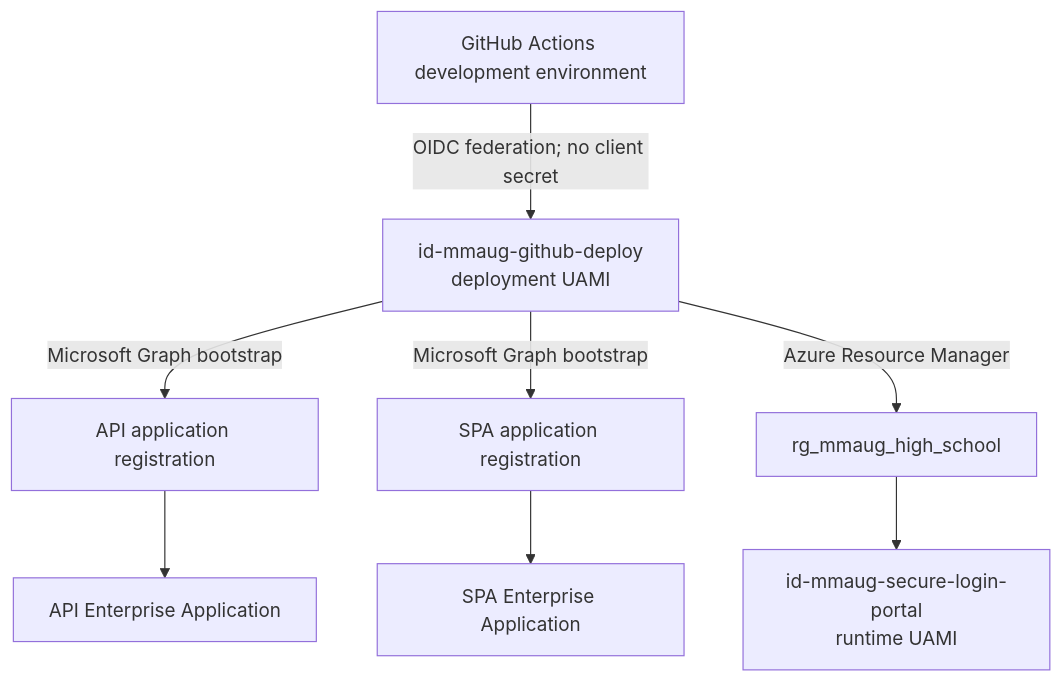
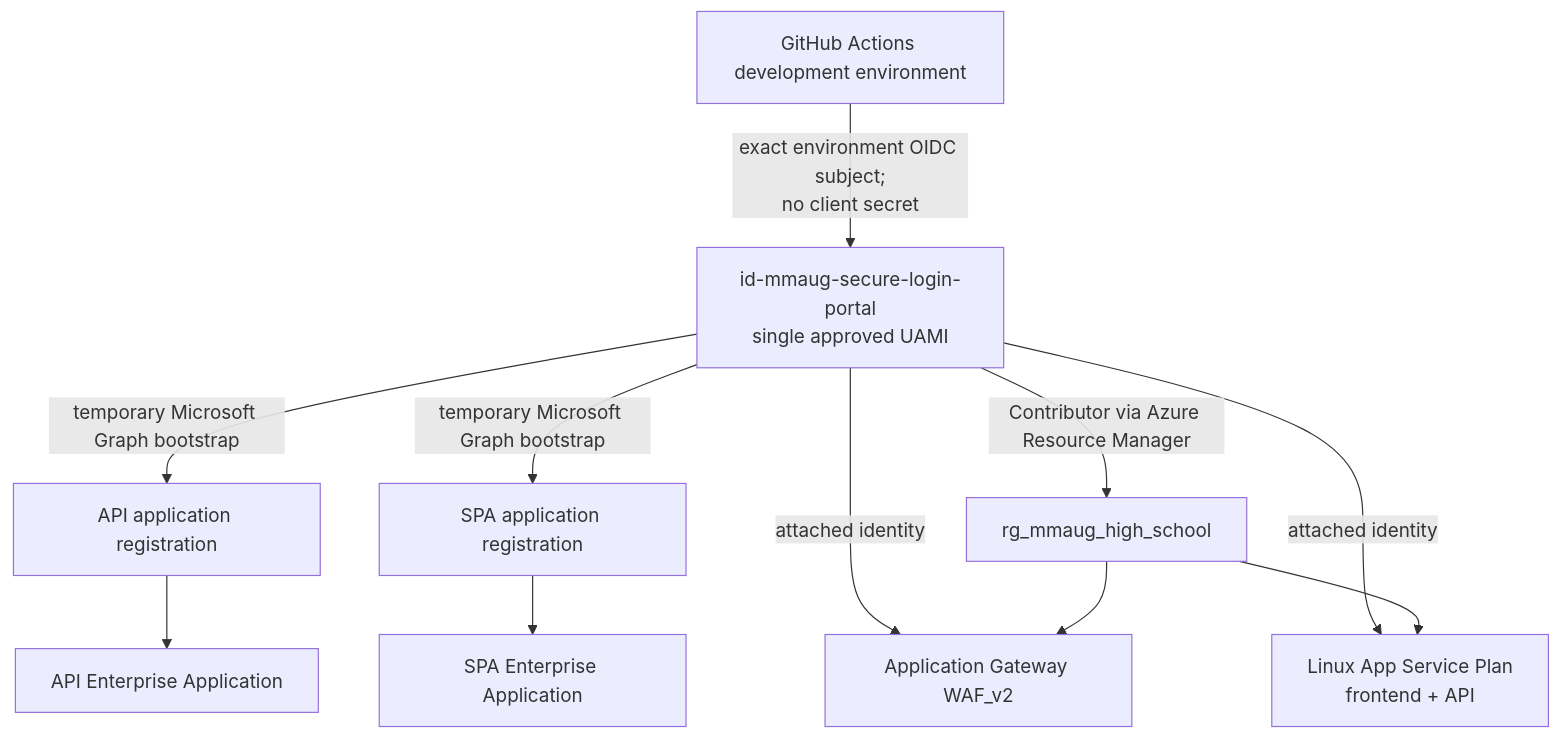
The second of 2 diagrams in docs/architecture.md (Eniola-007/mmaug-secure-login-portal), drawn with Mermaid before and after one commit. The commit also changed other lines of this file and 12 other files, not shown here.

Commit message:
Use approved identity and add Application Gateway WAF

````diff
--- a/docs/architecture.md
+++ b/docs/architecture.md
@@ -43,19 +46,23 @@
 ```mermaid
 flowchart TB
     GH[GitHub Actions development environment]
-    DEPLOY[id-mmaug-github-deploy<br/>deployment UAMI]
+    ID[id-mmaug-secure-login-portal<br/>single approved UAMI]
     APIAPP[API application registration]
     APISP[API Enterprise Application]
     SPAAPP[SPA application registration]
     SPASP[SPA Enterprise Application]
     RG[rg_mmaug_high_school]
-    RUNTIME[id-mmaug-secure-login-portal<br/>runtime UAMI]
+    AGW[Application Gateway WAF_v2]
+    APPS[Linux App Service Plan<br/>frontend + API]
 
-    GH -->|OIDC federation; no client secret| DEPLOY
-    DEPLOY -->|Microsoft Graph bootstrap| APIAPP
-    DEPLOY -->|Microsoft Graph bootstrap| SPAAPP
+    GH -->|exact environment OIDC subject;<br/>no client secret| ID
+    ID -->|temporary Microsoft Graph bootstrap| APIAPP
+    ID -->|temporary Microsoft Graph bootstrap| SPAAPP
     APIAPP --> APISP
     SPAAPP --> SPASP
-    DEPLOY -->|Azure Resource Manager| RG
-    RG --> RUNTIME
+    ID -->|Contributor via Azure Resource Manager| RG
+    ID -->|attached identity| AGW
+    ID -->|attached identity| APPS
+    RG --> AGW
+    RG --> APPS
 ```
````
